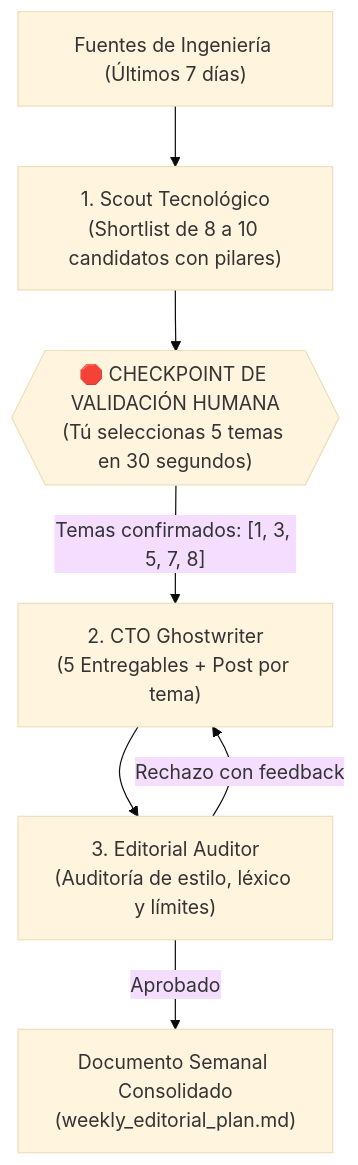
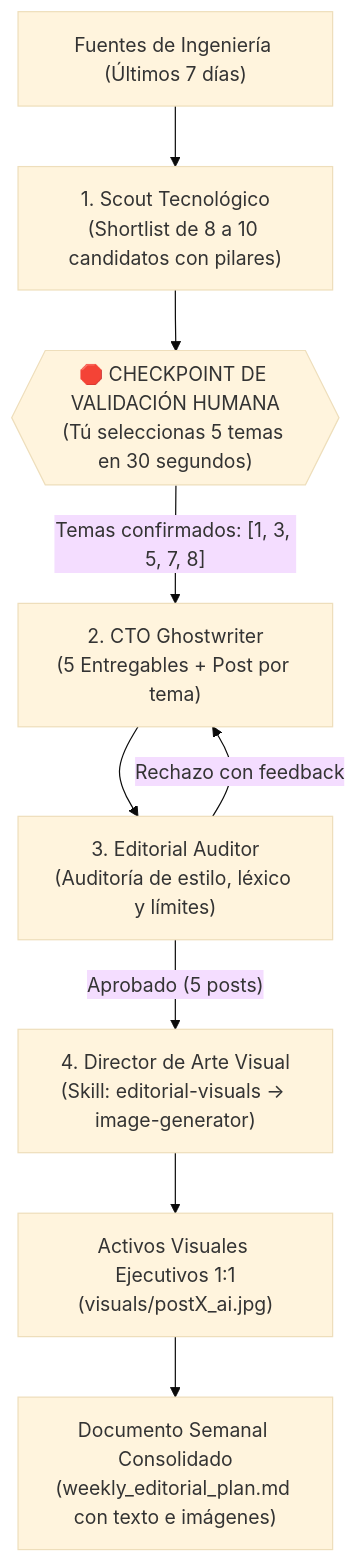
One commit to juancarbajal/linkedin-ghostwriter changed the diagram in README.md. Above: the diagram before and after it, drawn with Mermaid (base theme). The commit also changed other lines of this file and 5 other files, not shown here.

````diff
--- a/README.md
+++ b/README.md
@@ -31,9 +32,11 @@
 ```mermaid
 flowchart TD
     A["Fuentes de Ingeniería (Últimos 7 días)"] --> B["1. Scout Tecnológico\n(Shortlist de 8 a 10 candidatos con pilares)"]
     B --> C{{"🛑 CHECKPOINT DE VALIDACIÓN HUMANA\n(Tú seleccionas 5 temas en 30 segundos)"}}
     C -- "Temas confirmados: [1, 3, 5, 7, 8]" --> D["2. CTO Ghostwriter\n(5 Entregables + Post por tema)"]
     D --> E["3. Editorial Auditor\n(Auditoría de estilo, léxico y límites)"]
     E -- "Rechazo con feedback" --> D
-    E -- "Aprobado" --> F["Documento Semanal Consolidado\n(weekly_editorial_plan.md)"]
+    E -- "Aprobado (5 posts)" --> F["4. Director de Arte Visual\n(Skill: editorial-visuals -> image-generator)"]
+    F --> G["Activos Visuales Ejecutivos 1:1\n(visuals/postX_ai.jpg)"]
+    G --> H["Documento Semanal Consolidado\n(weekly_editorial_plan.md con texto e imágenes)"]
 ```
````
